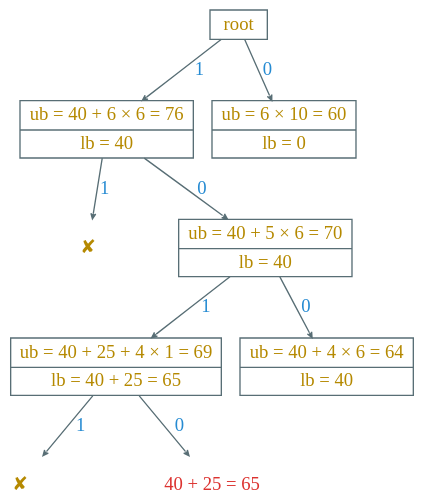
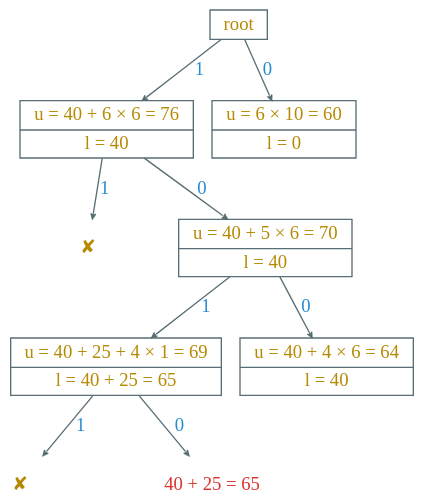
The diagram in dot/bag.dot (Avanti1980/course-alg), drawn with Graphviz before and after one commit. The commit also changed 5 other files, not shown here.

```diff
--- a/dot/bag.dot
+++ b/dot/bag.dot
@@ -1,53 +1,53 @@
 digraph g {
     bgcolor=transparent
     rankdir=TB
     graph [nodesep=0.2,  ranksep=0.4]
     node [shape=record,  color="#586e75",  fixedsize=true,  width=0.6,  height=0.3,  fontcolor="#b58900",  fontsize=14,  fontname="LXGWWenKai"]
     edge [arrowhead=vee,  color="#586e75",  fontcolor="#268bd2",  fontsize=14,  fontname="LXGWWenKai",  arrowsize=0.4]
 
     root
 
     node [width=1.8, height=0.6]
 
-    n1 [label="{ub = 40 + 6 × 6 = 76|lb = 40}"]
+    n1 [label="{u = 40 + 6 × 6 = 76|l = 40}"]
 
     node [width=1.5]
 
-    n2 [label="{ub = 6 × 10 = 60|lb = 0}"]
+    n2 [label="{u = 6 × 10 = 60|l = 0}"]
 
     root -> n1 [label=1]
     root -> n2 [label=0]
 
     node [shape=plaintext]
 
     n10 [label=✘]
 
     n1 -> n10 [label=1]
 
     node [shape=record, width=1.8]
 
-    n3 [label="{ub = 40 + 5 × 6 = 70|lb = 40}"]
+    n3 [label="{u = 40 + 5 × 6 = 70|l = 40}"]
 
     n1 -> n3 [label=0]
 
     node [width=2.2]
 
-    n4 [label="{ub = 40 + 25 + 4 × 1 = 69|lb = 40 + 25 = 65}"]
+    n4 [label="{u = 40 + 25 + 4 × 1 = 69|l = 40 + 25 = 65}"]
 
     node [width=1.8]
 
-    n5 [label="{ub = 40 + 4 × 6 = 64|lb = 40}"]
+    n5 [label="{u = 40 + 4 × 6 = 64|l = 40}"]
 
     n3 -> n4 [label=1]
     n3 -> n5 [label=0]
 
     node [shape=plaintext]
 
     n11 [label=✘]
 
     n4 -> n11 [label=1]
 
     node [fontcolor="#dc322f"]
 
     n4 -> "40 + 25 = 65" [label=0]
 }
```
